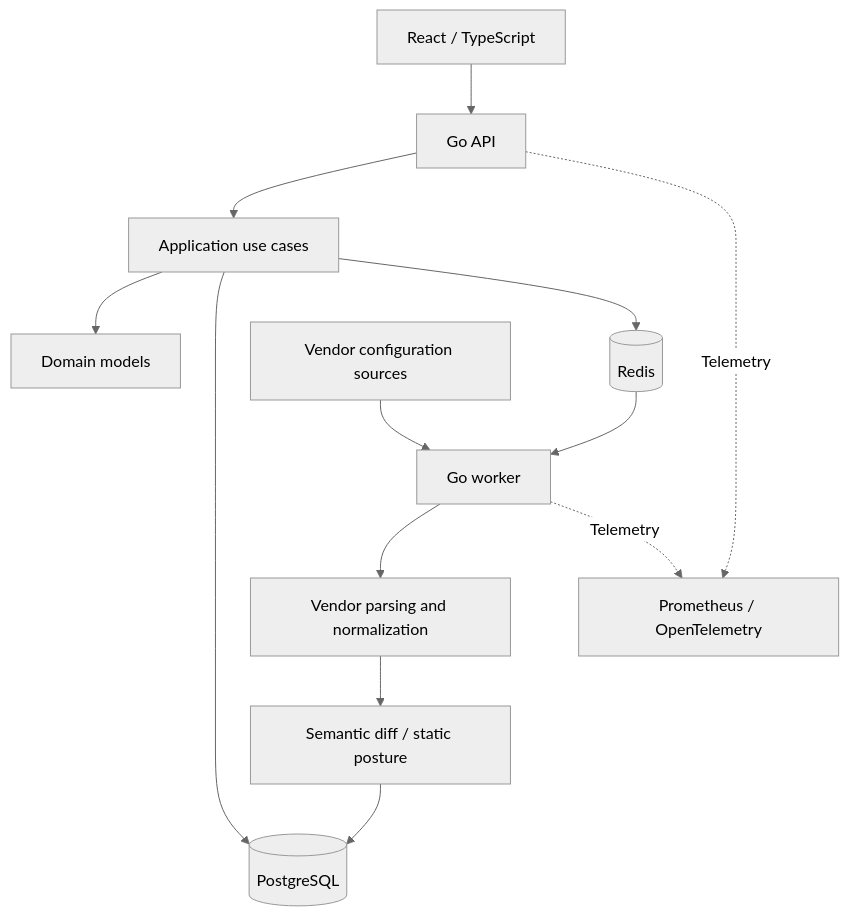
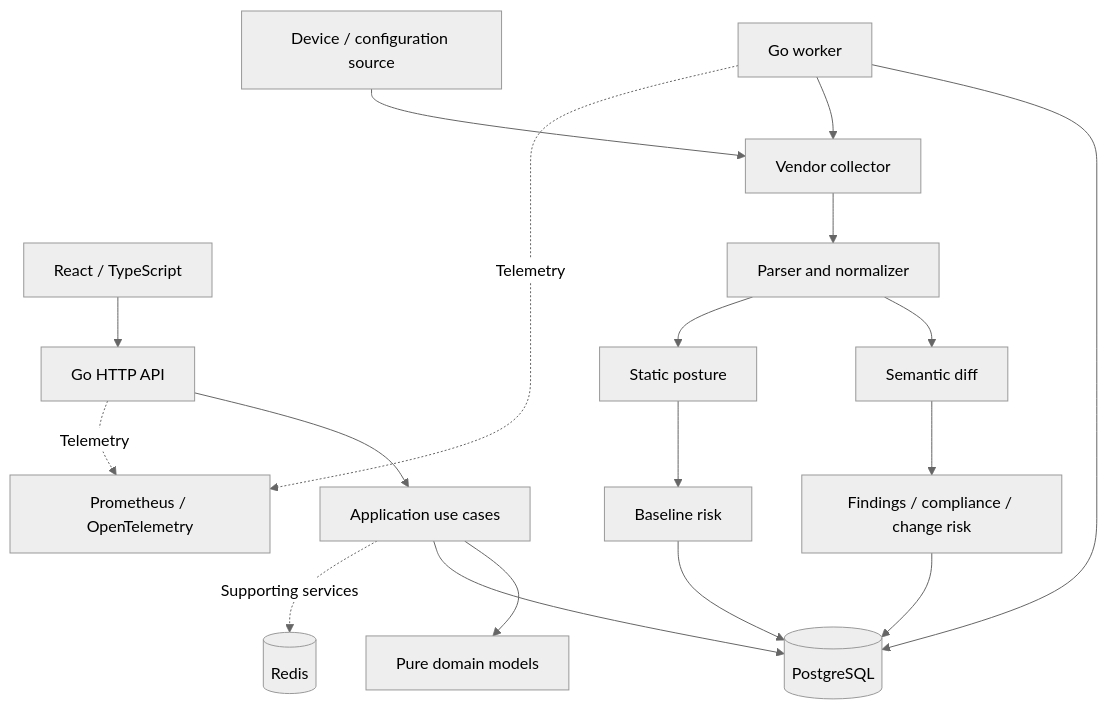
The diagram in docs/architecture.md (Ertanso/netconfigguard-showcase), drawn with Mermaid (neutral theme) before and after one commit. The commit also changed other lines of this file and 11 other files, not shown here.

````diff
--- a/docs/architecture.md
+++ b/docs/architecture.md
@@ -5,15 +5,20 @@
 ```mermaid
 flowchart TB
-    UI[React / TypeScript] --> API[Go API]
+    UI[React / TypeScript] --> API[Go HTTP API]
     API --> APP[Application use cases]
-    APP --> DOMAIN[Domain models]
+    APP --> DOMAIN[Pure domain models]
     APP --> PG[(PostgreSQL)]
-    APP --> REDIS[(Redis)]
-    REDIS --> WORKER[Go worker]
-    SOURCES[Vendor configuration sources] --> WORKER
-    WORKER --> PARSE[Vendor parsing and normalization]
-    PARSE --> ANALYSIS[Semantic diff / static posture]
-    ANALYSIS --> PG
+    APP -. Supporting services .-> REDIS[(Redis)]
+    W[Go worker] --> PG
+    W --> COL[Vendor collector]
+    SOURCE[Device / configuration source] --> COL
+    COL --> PARSE[Parser and normalizer]
+    PARSE --> DIFF[Semantic diff]
+    PARSE --> STATIC[Static posture]
+    DIFF --> GOV[Findings / compliance / change risk]
+    STATIC --> BASE[Baseline risk]
+    GOV --> PG
+    BASE --> PG
     API -. Telemetry .-> OBS[Prometheus / OpenTelemetry]
-    WORKER -. Telemetry .-> OBS
+    W -. Telemetry .-> OBS
 ```
````
